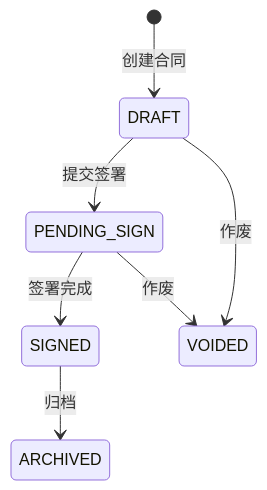
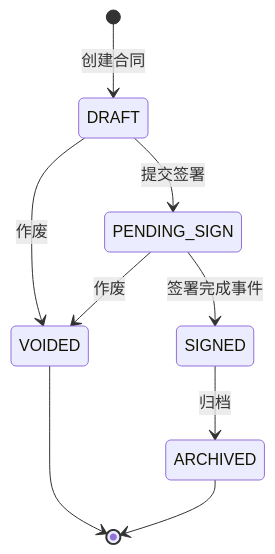
The second of 3 diagrams in prd-docs/合同管理/合同主PRD.md (lophyJessica/forge-crm), drawn with Mermaid before and after one commit. The commit also changed other lines of this file and 24 other files, not shown here.

````diff
--- a/prd-docs/合同管理/合同主PRD.md
+++ b/prd-docs/合同管理/合同主PRD.md
@@ -54,9 +220,11 @@
 ```mermaid
 stateDiagram-v2
     [*] --> DRAFT : 创建合同
     DRAFT --> PENDING_SIGN : 提交签署
-    PENDING_SIGN --> SIGNED : 签署完成
+    PENDING_SIGN --> SIGNED : 签署完成事件
     SIGNED --> ARCHIVED : 归档
     DRAFT --> VOIDED : 作废
     PENDING_SIGN --> VOIDED : 作废
+    VOIDED --> [*]
+    ARCHIVED --> [*]
 ```
````
